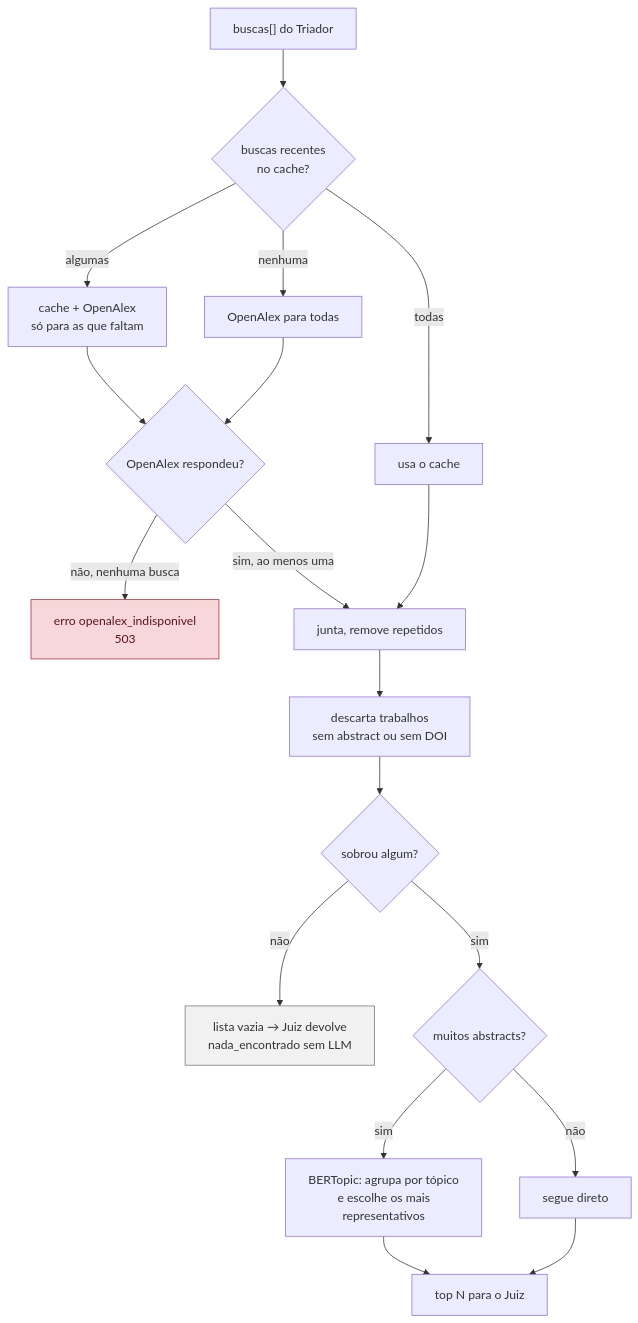
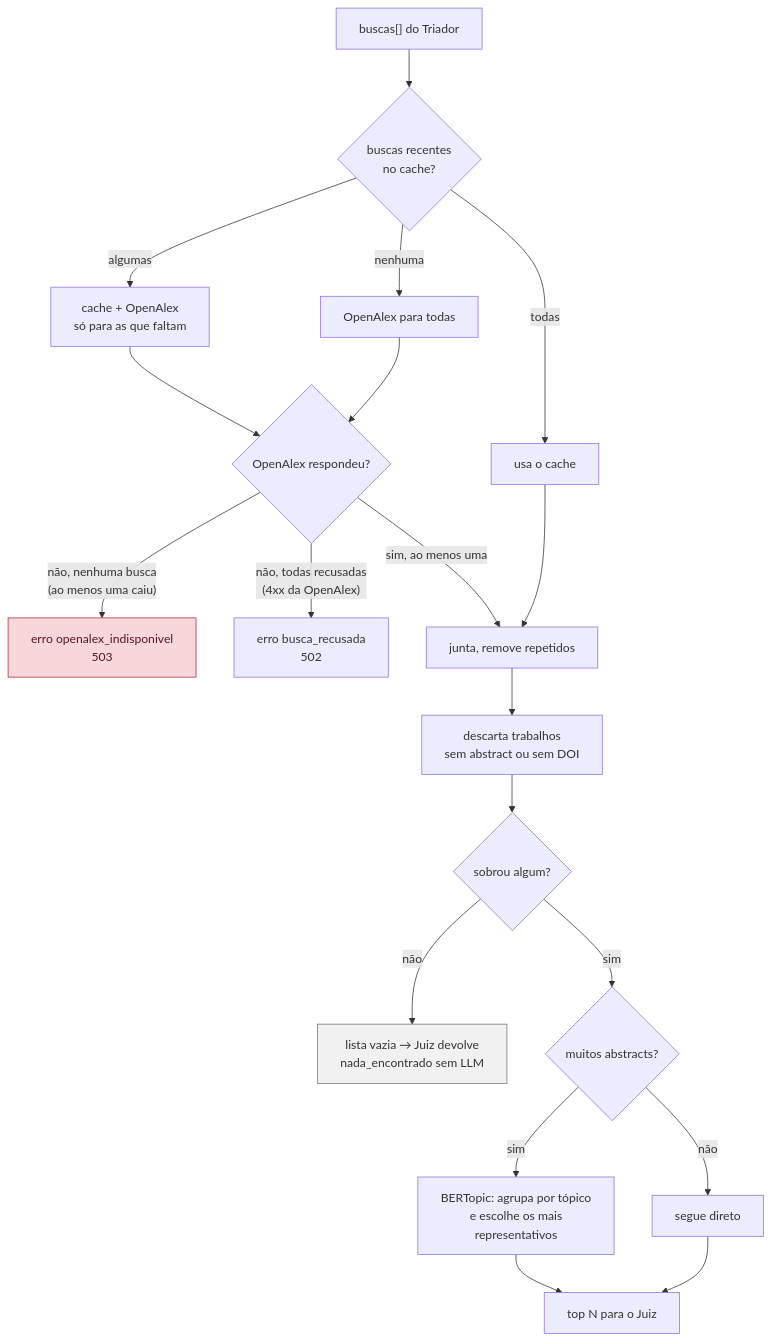
Diagram 18 of 21 in docs/pages/fluxo_agentes.md (unb-Sistemas-de-Machine-learning/challenge_1_arial_12), drawn with Mermaid before and after one commit. The commit also changed other lines of this file and 12 other files, not shown here.

Commit message:
fix(openalex): saneia a busca e separa recusa de indisponibilidade

````diff
--- a/docs/pages/fluxo_agentes.md
+++ b/docs/pages/fluxo_agentes.md
@@ -566,25 +566,26 @@
 ```mermaid
 flowchart TD
     A["buscas[] do Triador"] --> B{"buscas recentes<br/>no cache?"}
     B -- "todas" --> C["usa o cache"]
     B -- "algumas" --> D["cache + OpenAlex<br/>só para as que faltam"]
     B -- "nenhuma" --> E["OpenAlex para todas"]
     D --> F
     E --> F{"OpenAlex respondeu?"}
-    F -- "não, nenhuma busca" --> ERR["erro openalex_indisponivel<br/>503"]
+    F -- "não, nenhuma busca<br/>(ao menos uma caiu)" --> ERR["erro openalex_indisponivel<br/>503"]
+    F -- "não, todas recusadas<br/>(4xx da OpenAlex)" --> ERR2["erro busca_recusada<br/>502"]
     F -- "sim, ao menos uma" --> G["junta, remove repetidos"]
     C --> G
     G --> H["descarta trabalhos<br/>sem abstract ou sem DOI"]
     H --> I{"sobrou algum?"}
     I -- não --> V["lista vazia → Juiz devolve<br/>nada_encontrado sem LLM"]
     I -- sim --> J{"muitos abstracts?"}
     J -- sim --> K["BERTopic: agrupa por tópico<br/>e escolhe os mais<br/>representativos"]
     J -- não --> L["segue direto"]
     K --> M["top N para o Juiz"]
     L --> M
 
     classDef err fill:#f8d7da,stroke:#b02a37,color:#58151c
     classDef nd fill:#f1f1f1,stroke:#777,color:#333
     class ERR err
     class V nd
 ```
````
